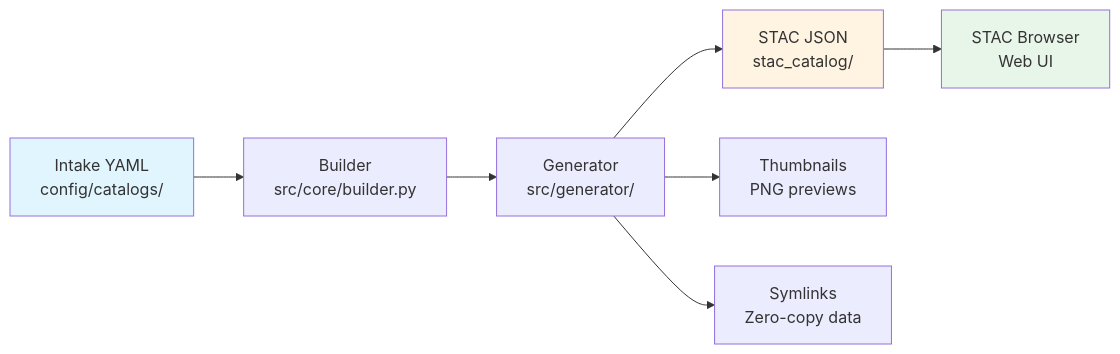
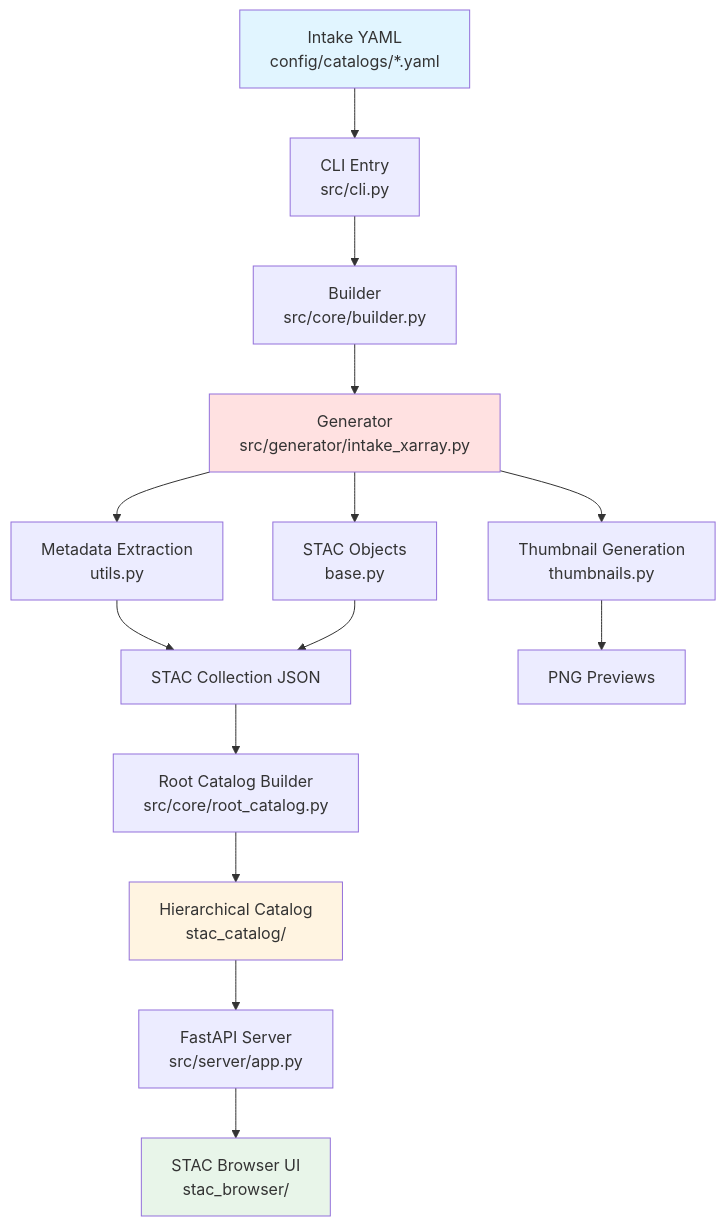
One commit to NTU-CompHydroMet-Lab/wangup-stac-manager changed the diagram in README.md. Above: the diagram before and after it, drawn with Mermaid. The commit also changed other lines of this file, not shown here.

First line of the commit message:
docs: refine README with accurate architecture and remove emojis

````diff
--- a/README.md
+++ b/README.md
@@ -34,14 +34,25 @@
 ```mermaid
-graph LR
-    A[Intake YAML<br/>config/catalogs/] --> B[Builder<br/>src/core/builder.py]
-    B --> C[Generator<br/>src/generator/]
-    C --> D[STAC JSON<br/>stac_catalog/]
-    D --> E[STAC Browser<br/>Web UI]
+graph TB
+    A[Intake YAML<br/>config/catalogs/*.yaml] --> B[CLI Entry<br/>src/cli.py]
+    B --> C[Builder<br/>src/core/builder.py]
+    C --> D[Generator<br/>src/generator/intake_xarray.py]
     
-    C --> F[Thumbnails<br/>PNG previews]
-    C --> G[Symlinks<br/>Zero-copy data]
+    D --> E[Metadata Extraction<br/>utils.py]
+    D --> F[Thumbnail Generation<br/>thumbnails.py]
+    D --> G[STAC Objects<br/>base.py]
+    
+    E --> H[STAC Collection JSON]
+    F --> I[PNG Previews]
+    G --> H
+    
+    H --> J[Root Catalog Builder<br/>src/core/root_catalog.py]
+    J --> K[Hierarchical Catalog<br/>stac_catalog/]
+    
+    K --> L[FastAPI Server<br/>src/server/app.py]
+    L --> M[STAC Browser UI<br/>stac_browser/]
     
     style A fill:#e1f5ff
-    style D fill:#fff4e1
-    style E fill:#e8f5e9
+    style K fill:#fff4e1
+    style M fill:#e8f5e9
+    style D fill:#ffe1e1
 ```
````
